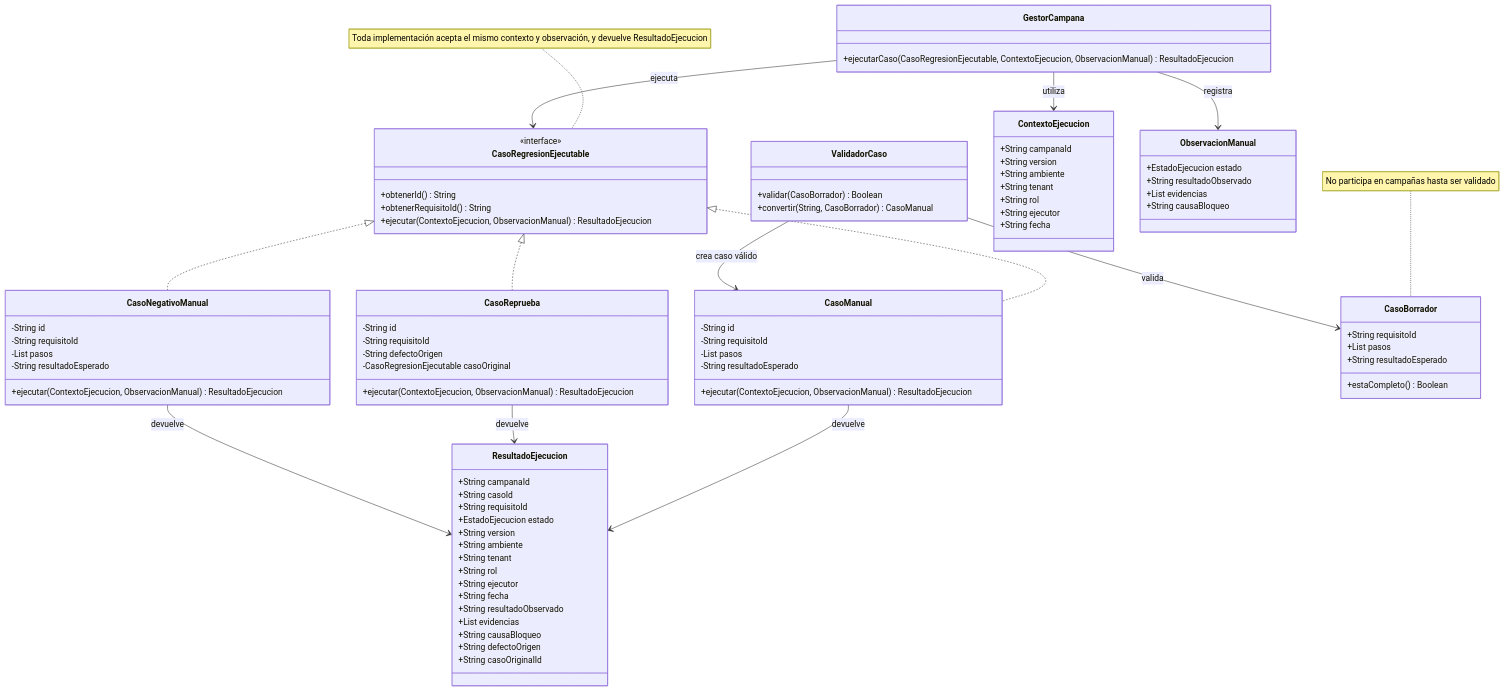
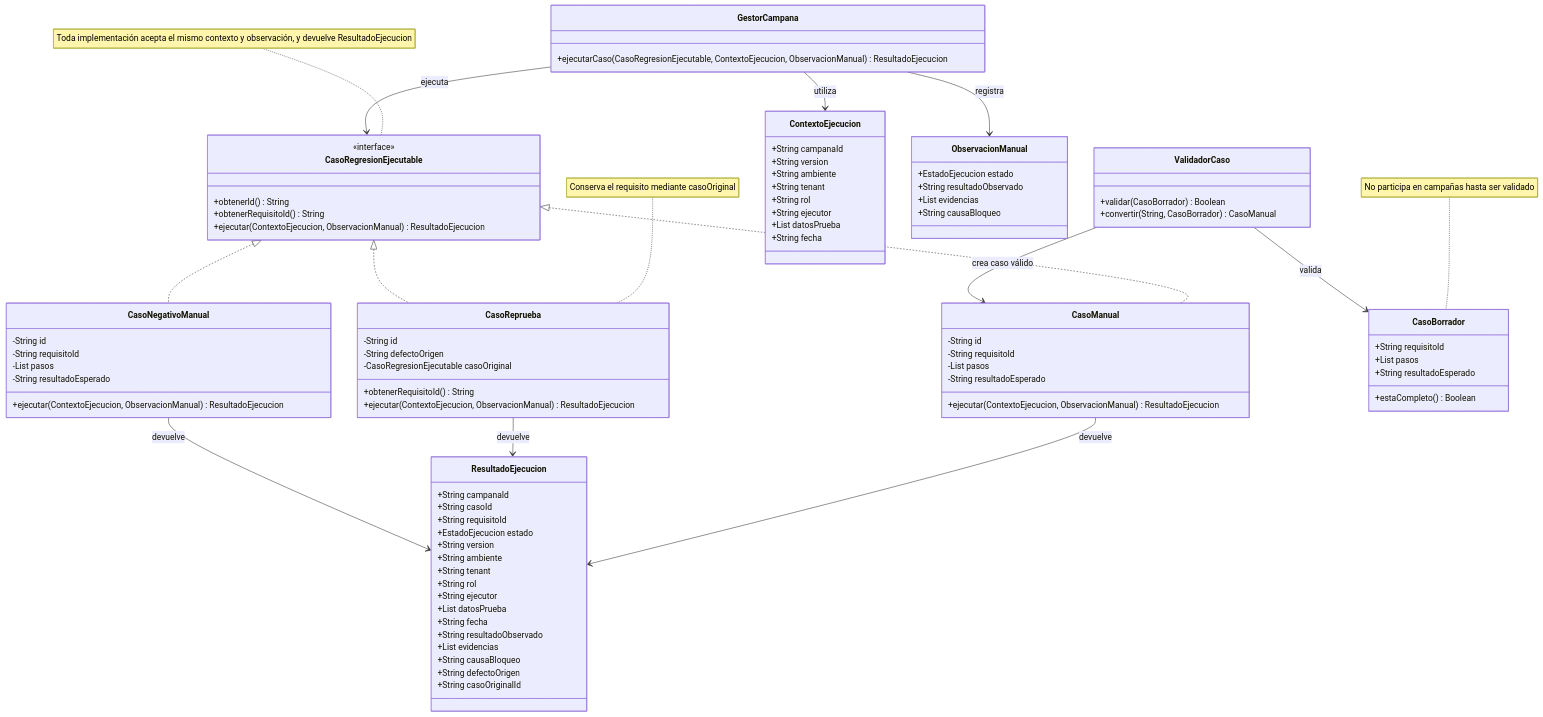
The diagram in week-02/diagramas/02-diseno-despues-lsp.mmd (DidhyerOrtiz/asii28-qa-funcional-tareas), drawn with Mermaid before and after one commit. The commit also changed 9 other files, not shown here.

```diff
--- a/week-02/diagramas/02-diseno-despues-lsp.mmd
+++ b/week-02/diagramas/02-diseno-despues-lsp.mmd
@@ -1,98 +1,101 @@
 classDiagram
     direction TB
 
     class CasoRegresionEjecutable {
         <<interface>>
         +obtenerId() String
         +obtenerRequisitoId() String
         +ejecutar(ContextoEjecucion, ObservacionManual) ResultadoEjecucion
     }
 
     class CasoManual {
         -String id
         -String requisitoId
         -List pasos
         -String resultadoEsperado
         +ejecutar(ContextoEjecucion, ObservacionManual) ResultadoEjecucion
     }
 
     class CasoReprueba {
         -String id
-        -String requisitoId
         -String defectoOrigen
         -CasoRegresionEjecutable casoOriginal
+        +obtenerRequisitoId() String
         +ejecutar(ContextoEjecucion, ObservacionManual) ResultadoEjecucion
     }
 
     class CasoNegativoManual {
         -String id
         -String requisitoId
         -List pasos
         -String resultadoEsperado
         +ejecutar(ContextoEjecucion, ObservacionManual) ResultadoEjecucion
     }
 
     class CasoBorrador {
         +String requisitoId
         +List pasos
         +String resultadoEsperado
         +estaCompleto() Boolean
     }
 
     class ValidadorCaso {
         +validar(CasoBorrador) Boolean
         +convertir(String, CasoBorrador) CasoManual
     }
 
     class ContextoEjecucion {
         +String campanaId
         +String version
         +String ambiente
         +String tenant
         +String rol
         +String ejecutor
+        +List datosPrueba
         +String fecha
     }
 
     class ObservacionManual {
         +EstadoEjecucion estado
         +String resultadoObservado
         +List evidencias
         +String causaBloqueo
     }
 
     class ResultadoEjecucion {
         +String campanaId
         +String casoId
         +String requisitoId
         +EstadoEjecucion estado
         +String version
         +String ambiente
         +String tenant
         +String rol
         +String ejecutor
+        +List datosPrueba
         +String fecha
         +String resultadoObservado
         +List evidencias
         +String causaBloqueo
         +String defectoOrigen
         +String casoOriginalId
     }
 
     class GestorCampana {
         +ejecutarCaso(CasoRegresionEjecutable, ContextoEjecucion, ObservacionManual) ResultadoEjecucion
     }
 
     CasoRegresionEjecutable <|.. CasoManual
     CasoRegresionEjecutable <|.. CasoReprueba
     CasoRegresionEjecutable <|.. CasoNegativoManual
     GestorCampana --> CasoRegresionEjecutable : ejecuta
     GestorCampana --> ContextoEjecucion : utiliza
     GestorCampana --> ObservacionManual : registra
     CasoManual --> ResultadoEjecucion : devuelve
     CasoReprueba --> ResultadoEjecucion : devuelve
     CasoNegativoManual --> ResultadoEjecucion : devuelve
     ValidadorCaso --> CasoBorrador : valida
     ValidadorCaso --> CasoManual : crea caso válido
     note for CasoRegresionEjecutable "Toda implementación acepta el mismo contexto y observación, y devuelve ResultadoEjecucion"
+    note for CasoReprueba "Conserva el requisito mediante casoOriginal"
     note for CasoBorrador "No participa en campañas hasta ser validado"
```
